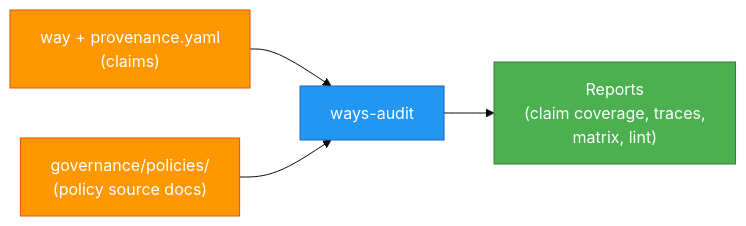
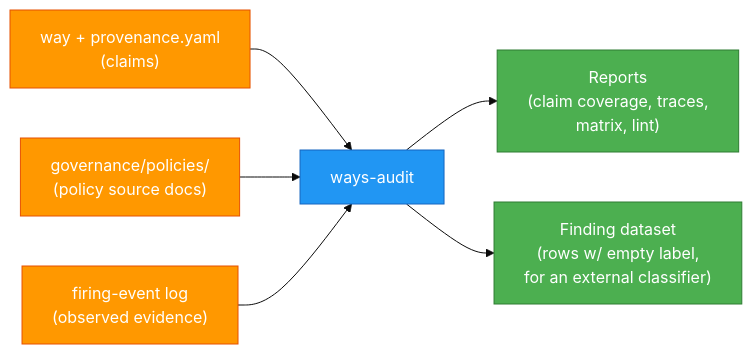
The diagram in docs/governance.md (aaronsb/agent-ways), drawn with Mermaid (base theme) before and after one commit. The commit also changed other lines of this file and 13 other files, not shown here.

````diff
--- a/docs/governance.md
+++ b/docs/governance.md
@@ -103,15 +117,19 @@
 ```mermaid
 flowchart LR
     classDef tool fill:#2196F3,stroke:#1565C0,color:#fff
     classDef data fill:#FF9800,stroke:#E65100,color:#fff
     classDef output fill:#4CAF50,stroke:#2E7D32,color:#fff
 
     W["way + provenance.yaml<br/>(claims)"]:::data
+    F["firing-event log<br/>(observed evidence)"]:::data
     P["governance/policies/<br/>(policy source docs)"]:::data
     CLI["ways-audit"]:::tool
     R["Reports<br/>(claim coverage, traces,<br/>matrix, lint)"]:::output
+    D["Finding dataset<br/>(rows w/ empty label,<br/>for an external classifier)"]:::output
 
     W --> CLI
     P --> CLI
+    F --> CLI
     CLI --> R
+    CLI --> D
 ```
````
